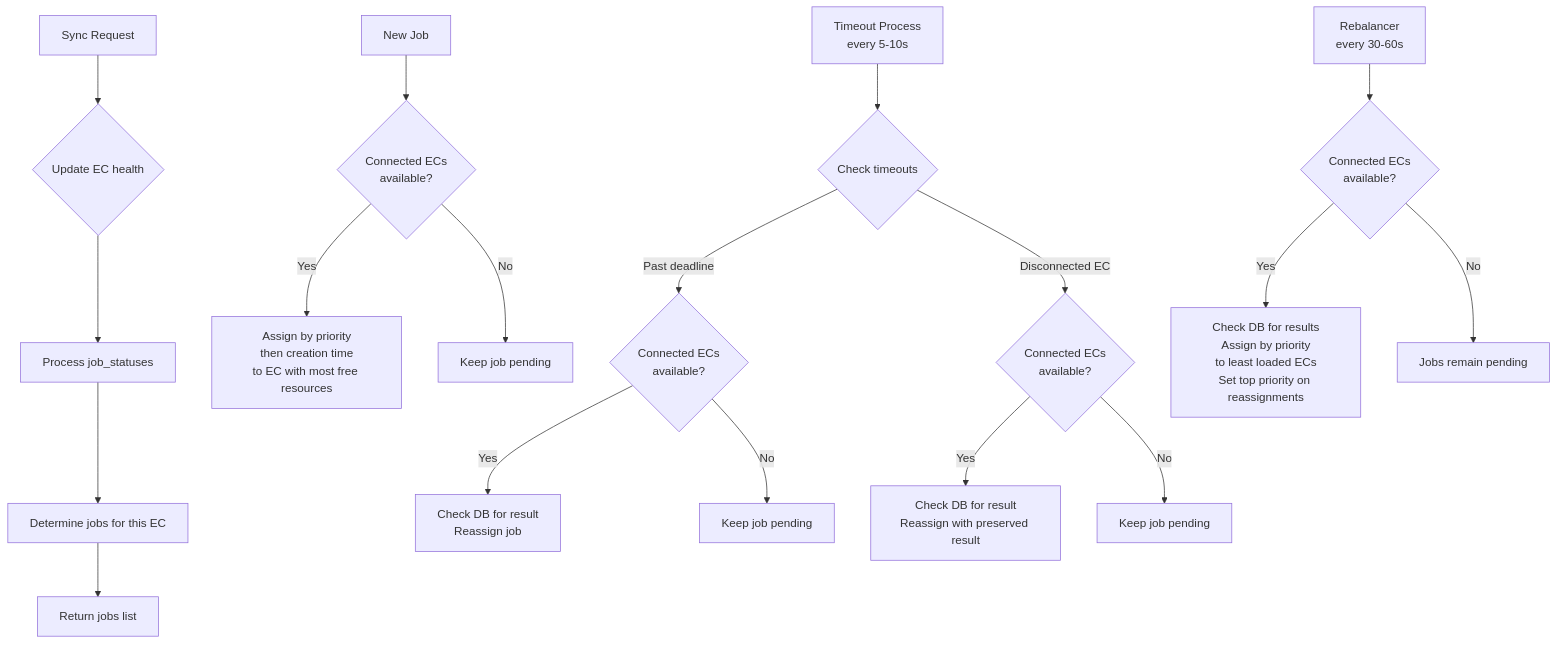
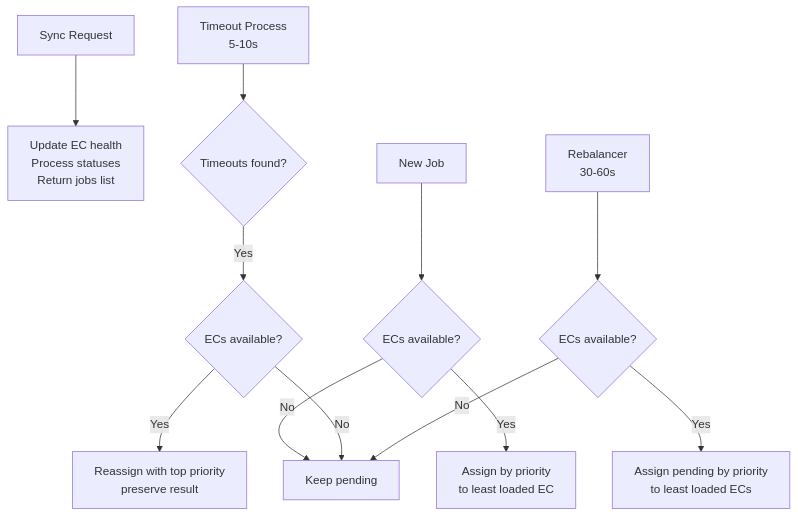
The first of 2 diagrams in ES_JOB_MANAGEMENT.md (UrKr/woshichart), drawn with Mermaid before and after one commit.

````diff
--- a/ES_JOB_MANAGEMENT.md
+++ b/ES_JOB_MANAGEMENT.md
@@ -14,23 +14,17 @@
 ```mermaid
 flowchart TD
-    A[Sync Request] --> B{Update EC health}
-    B --> C[Process job_statuses]
-    C --> D[Determine jobs for this EC]
-    D --> E[Return jobs list]
+    A[Sync Request] --> B[Update EC health<br/>Process statuses<br/>Return jobs list]
     
-    F[New Job] --> G{Connected ECs<br/>available?}
-    G -->|Yes| H[Assign by priority<br/>then creation time<br/>to EC with most free resources]
-    G -->|No| I[Keep job pending]
+    C[New Job] --> D{ECs available?}
+    D -->|Yes| E[Assign by priority<br/>to least loaded EC]
+    D -->|No| F[Keep pending]
     
-    J[Timeout Process<br/>every 5-10s] --> K{Check timeouts}
-    K -->|Past deadline| L{Connected ECs<br/>available?}
-    L -->|Yes| M[Check DB for result<br/>Reassign job]
-    L -->|No| N[Keep job pending]
-    K -->|Disconnected EC| O{Connected ECs<br/>available?}
-    O -->|Yes| P[Check DB for result<br/>Reassign with preserved result]
-    O -->|No| Q[Keep job pending]
+    G[Timeout Process<br/>5-10s] --> H{Timeouts found?}
+    H -->|Yes| I{ECs available?}
+    I -->|Yes| J[Reassign with top priority<br/>preserve result]
+    I -->|No| F
     
-    R[Rebalancer<br/>every 30-60s] --> S{Connected ECs<br/>available?}
-    S -->|Yes| T[Check DB for results<br/>Assign by priority<br/>to least loaded ECs<br/>Set top priority on reassignments]
-    S -->|No| U[Jobs remain pending]
+    K[Rebalancer<br/>30-60s] --> L{ECs available?}
+    L -->|Yes| M[Assign pending by priority<br/>to least loaded ECs]
+    L -->|No| F
 ```
````
